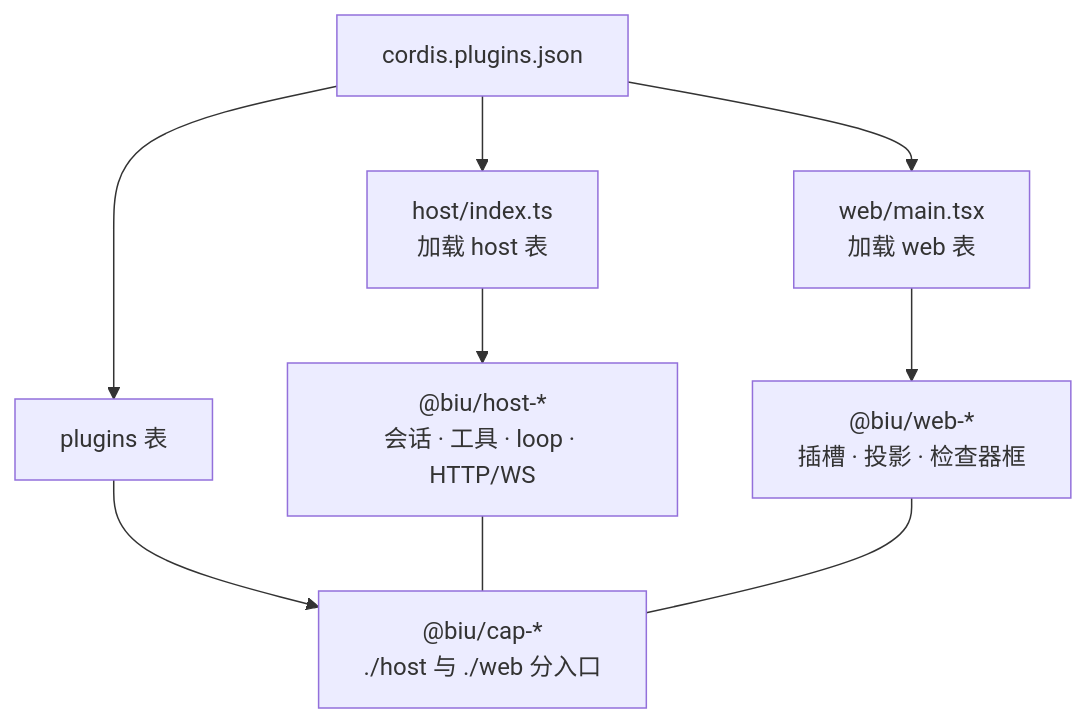
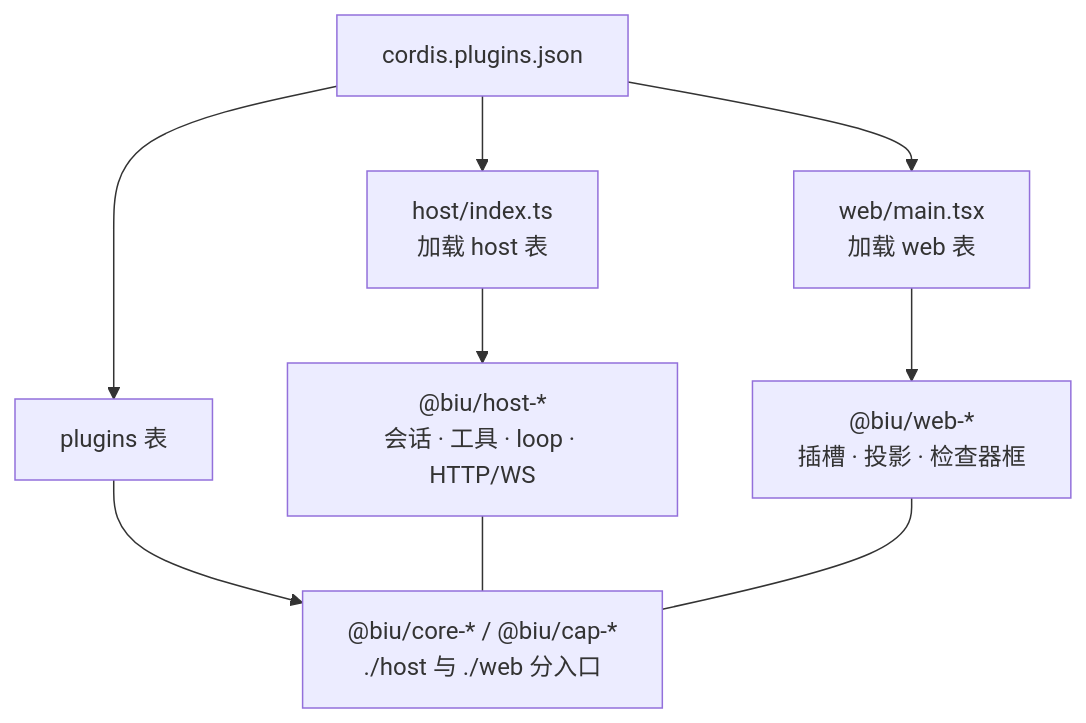
The third of 3 diagrams in README.zh-CN.md (helloooooooooooooo97/biu-harness), drawn with Mermaid before and after one commit. The commit also changed other lines of this file and 23 other files, not shown here.

First line of the commit message:
feat: merge cap-tasks and cap-tasks-2 into core-task-system

````diff
--- a/README.zh-CN.md
+++ b/README.zh-CN.md
@@ -170,13 +170,13 @@
 ```mermaid
 flowchart TB
   JSON["cordis.plugins.json"]
   JSON --> HostLoad["host/index.ts<br/>加载 host 表"]
   JSON --> WebLoad["web/main.tsx<br/>加载 web 表"]
   JSON --> Caps["plugins 表"]
 
   HostLoad --> Kernel["@biu/host-*<br/>会话 · 工具 · loop · HTTP/WS"]
   WebLoad --> Shell["@biu/web-*<br/>插槽 · 投影 · 检查器框"]
-  Caps --> Cap["@biu/cap-*<br/>./host 与 ./web 分入口"]
+  Caps --> Cap["@biu/core-* / @biu/cap-*<br/>./host 与 ./web 分入口"]
   Kernel --- Cap
   Shell --- Cap
 ```
````
